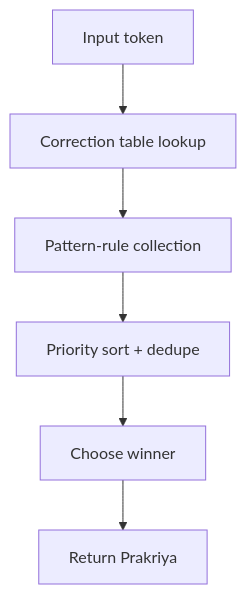
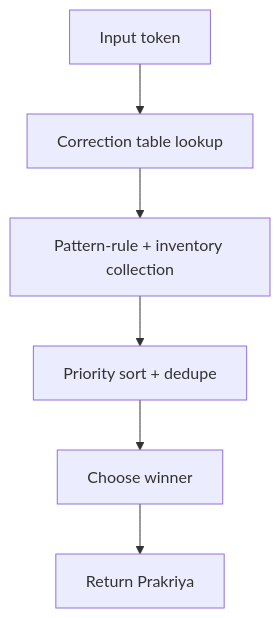
Before and after one commit to nepalibhasha/varnavinyas: the first of 2 diagrams in crates/prakriya/ARCHITECTURE.md, drawn with Mermaid. The commit also changed other lines of this file and 13 other files, not shown here.

````diff
--- a/crates/prakriya/ARCHITECTURE.md
+++ b/crates/prakriya/ARCHITECTURE.md
@@ -33,11 +33,11 @@
 ```mermaid
 flowchart TD
     A[Input token]
     B[Correction table lookup]
-    C[Pattern-rule collection]
+    C[Pattern-rule + inventory collection]
     D[Priority sort + dedupe]
     E[Choose winner]
     F[Return Prakriya]
 
     A --> B --> C --> D --> E --> F
 ```
````
